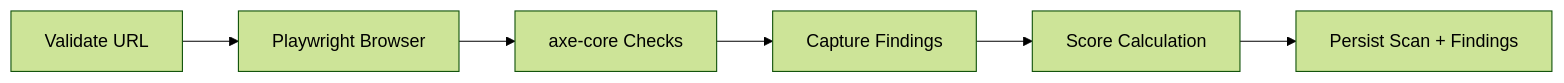
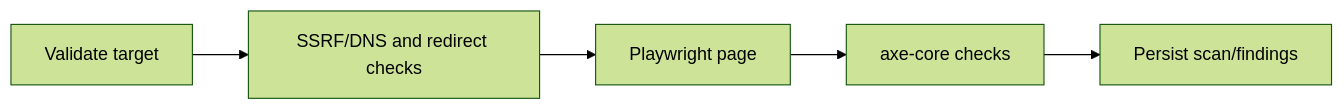
Before and after one commit to rajbharshivani66-create/Accesslens-AI: the fourth of 6 diagrams in docs/mindmap.md, drawn with Mermaid (forest theme). The commit also changed other lines of this file and 61 other files, not shown here.

````diff
--- a/docs/mindmap.md
+++ b/docs/mindmap.md
@@ -83,8 +207,7 @@
 ```mermaid
 flowchart LR
-  A[Validate URL] --> B[Playwright Browser]
-  B --> C[axe-core Checks]
-  C --> D[Capture Findings]
-  D --> E[Score Calculation]
-  E --> F[Persist Scan + Findings]
+  A[Validate target] --> B[SSRF/DNS and redirect checks]
+  B --> C[Playwright page]
+  C --> D[axe-core checks]
+  D --> E[Persist scan/findings]
 ```
````
